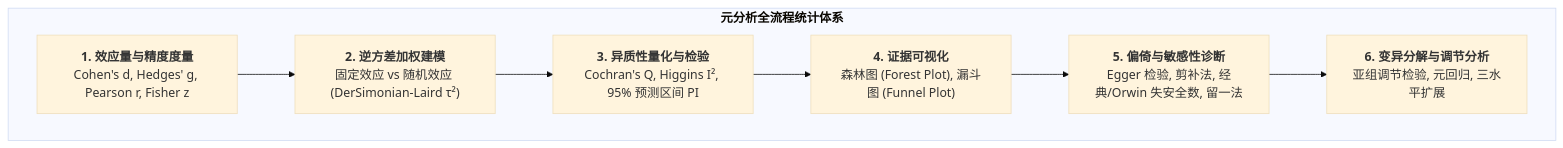
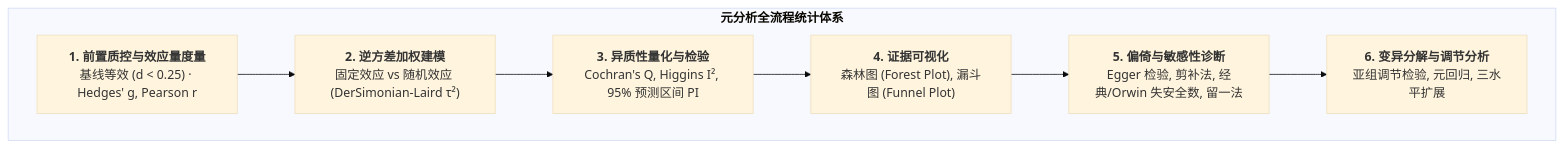
The first of 2 diagrams in wiki/methods/quantitative/Meta-analysis.md (likemie/vault-notes), drawn with Mermaid (base theme) before and after one commit. The commit also changed other lines of this file and 5 other files, not shown here.

````diff
--- a/wiki/methods/quantitative/Meta-analysis.md
+++ b/wiki/methods/quantitative/Meta-analysis.md
@@ -145,11 +146,11 @@
 ```mermaid
 flowchart LR
     subgraph Core["<b>元分析全流程统计体系</b>"]
         direction LR
-        ES["<b>1. 效应量与精度度量</b><br>Cohen's d, Hedges' g, Pearson r, Fisher z"] --> W["<b>2. 逆方差加权建模</b><br>固定效应 vs 随机效应 (DerSimonian-Laird τ²)"]
+        ES["<b>1. 前置质控与效应量度量</b><br>基线等效 (d < 0.25) · Hedges' g, Pearson r"] --> W["<b>2. 逆方差加权建模</b><br>固定效应 vs 随机效应 (DerSimonian-Laird τ²)"]
         W --> H["<b>3. 异质性量化与检验</b><br>Cochran's Q, Higgins I², 95% 预测区间 PI"]
         H --> V["<b>4. 证据可视化</b><br>森林图 (Forest Plot), 漏斗图 (Funnel Plot)"]
         V --> PB["<b>5. 偏倚与敏感性诊断</b><br>Egger 检验, 剪补法, 经典/Orwin 失安全数, 留一法"]
         PB --> MOD["<b>6. 变异分解与调节分析</b><br>亚组调节检验, 元回归, 三水平扩展"]
     end
 ```
````
